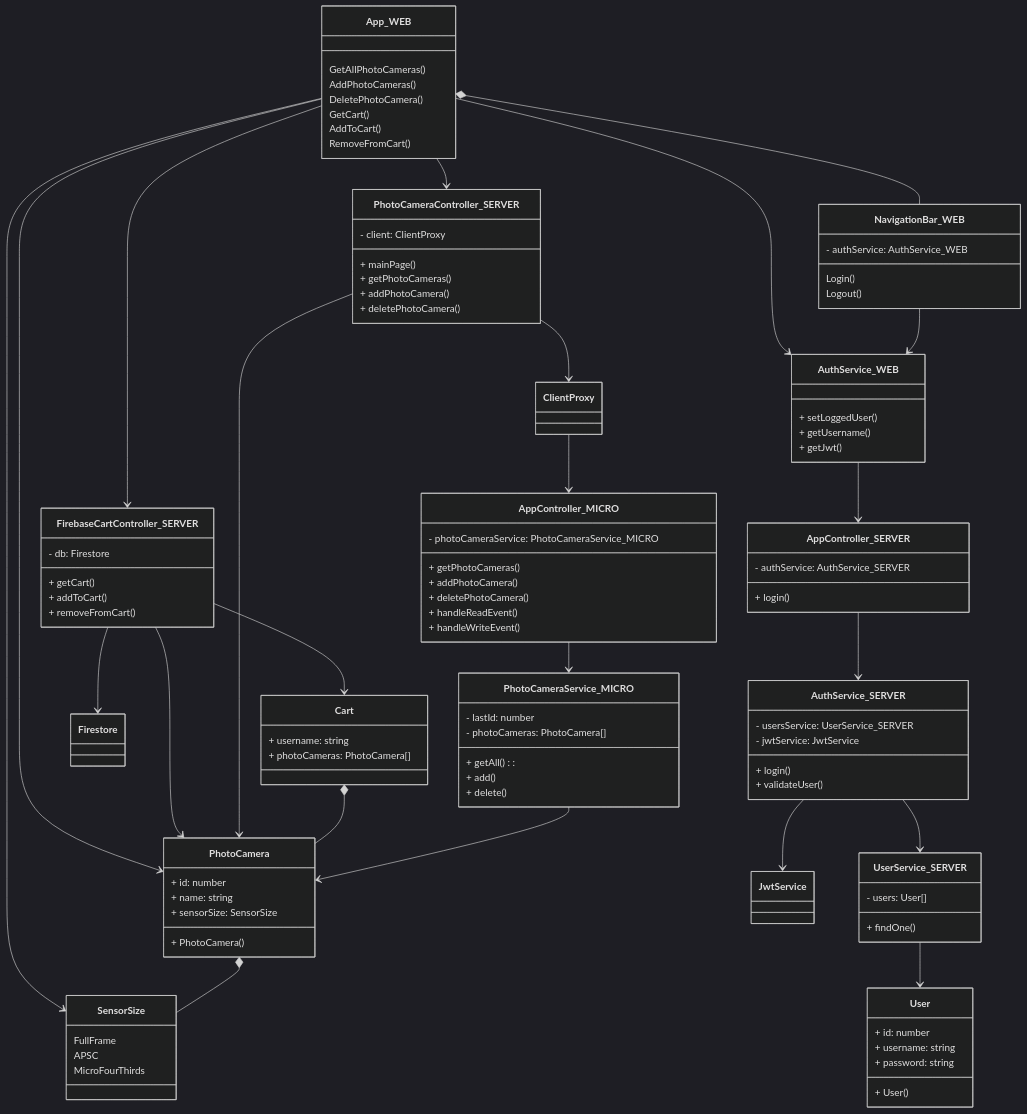
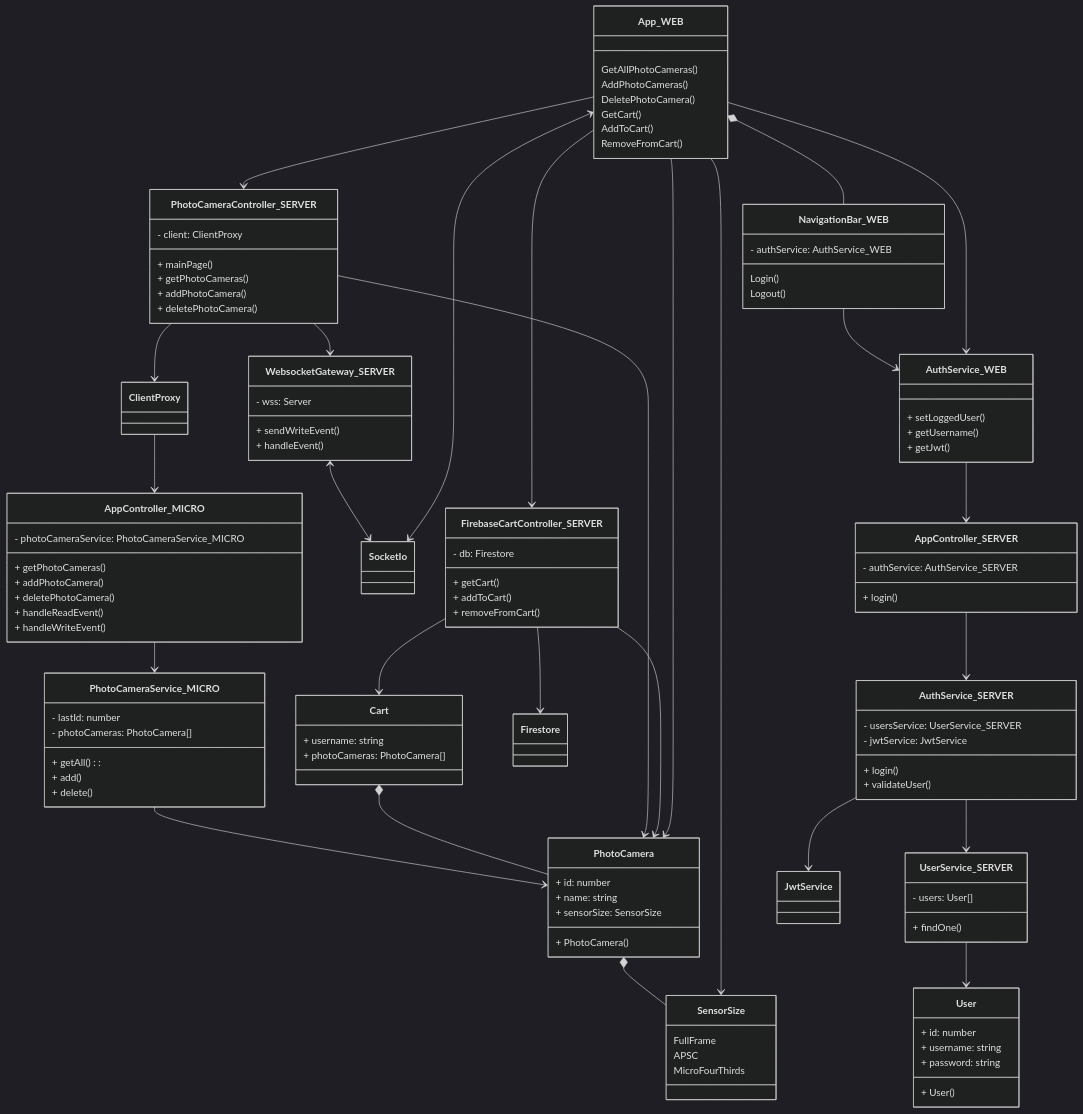
One commit to AndreiVaida/PhotoCameraStore-Microservices changed the sixth of 6 diagrams in README.md. Above: the diagram before and after it, drawn with Mermaid (dark theme). The commit also changed other lines of this file and 10 other files, not shown here.

Commit message:
Added socket.io WebSocket between Server and Web client.

````diff
--- a/README.md
+++ b/README.md
@@ -176,7 +185,14 @@
         + photoCameras: PhotoCamera[]
     }
     Cart *-- PhotoCamera
-      
+    
+    class WebsocketGateway_SERVER {
+        - wss: Server
+        + sendWriteEvent()
+        + handleEvent()
+    }
+    WebsocketGateway_SERVER<-->SocketIo
+    
     class PhotoCameraController_SERVER {
         - client: ClientProxy
         + mainPage()
@@ -186,6 +202,7 @@
     }
     PhotoCameraController_SERVER --> PhotoCamera
     PhotoCameraController_SERVER --> ClientProxy
+    PhotoCameraController_SERVER --> WebsocketGateway_SERVER
     ClientProxy --> AppController_MICRO
     
     class FirebaseCartController_SERVER {
@@ -255,4 +272,5 @@
     App_WEB --> AuthService_WEB
     App_WEB --> PhotoCameraController_SERVER
     App_WEB --> FirebaseCartController_SERVER
+    App_WEB <--> SocketIo
 ```
````
